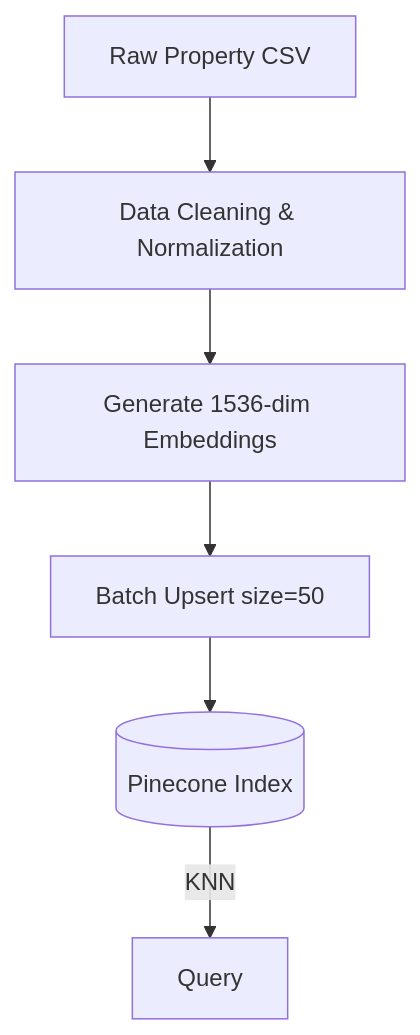
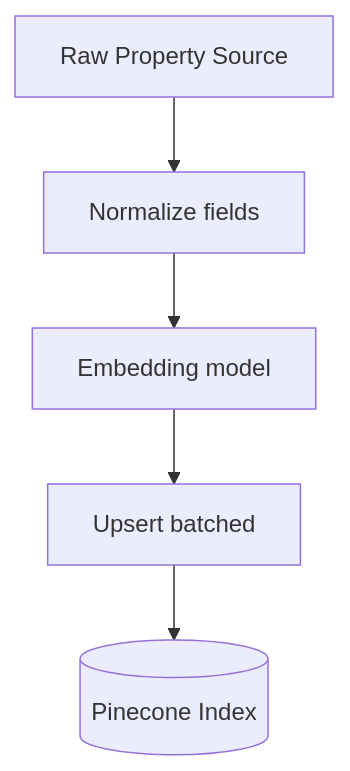
The fifth of 20 diagrams in ARCHITECTURE.md (joonseolee/EstateWise-Chapel-Hill-Chatbot), drawn with Mermaid before and after one commit. The commit also changed other lines of this file and 5 other files, not shown here.

Commit message:
feat(ui-api): enhance app UI and integrate Neo4j graph DB to app

````diff
--- a/ARCHITECTURE.md
+++ b/ARCHITECTURE.md
@@ -79,8 +139,7 @@
 ```mermaid
 flowchart TD
-    CSV[Raw Property CSV] --> Clean[Data Cleaning & Normalization]
-    Clean --> Embed[Generate 1536-dim Embeddings]
-    Embed --> Upsert[Batch Upsert size=50]
-    Upsert --> PineconeStore[(Pinecone Index)]
-    PineconeStore -->|KNN| Query[Query]
+  Raw[Raw Property Source] --> Clean[Normalize fields]
+  Clean --> Embed[Embedding model]
+  Embed --> Upsert[Upsert batched]
+  Upsert --> Pinecone[(Pinecone Index)]
 ```
````
